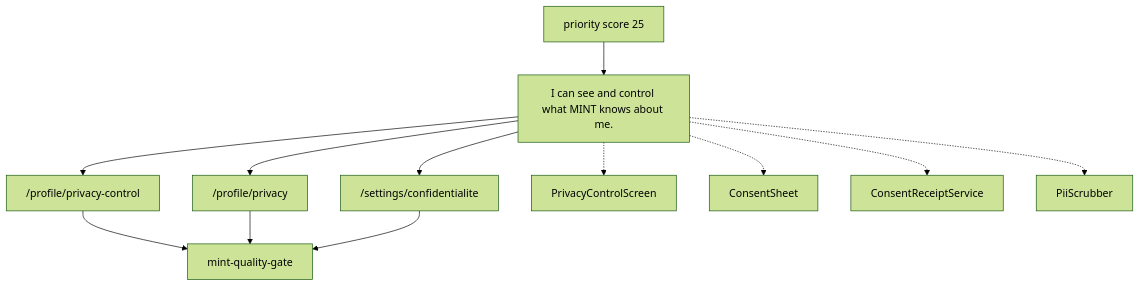
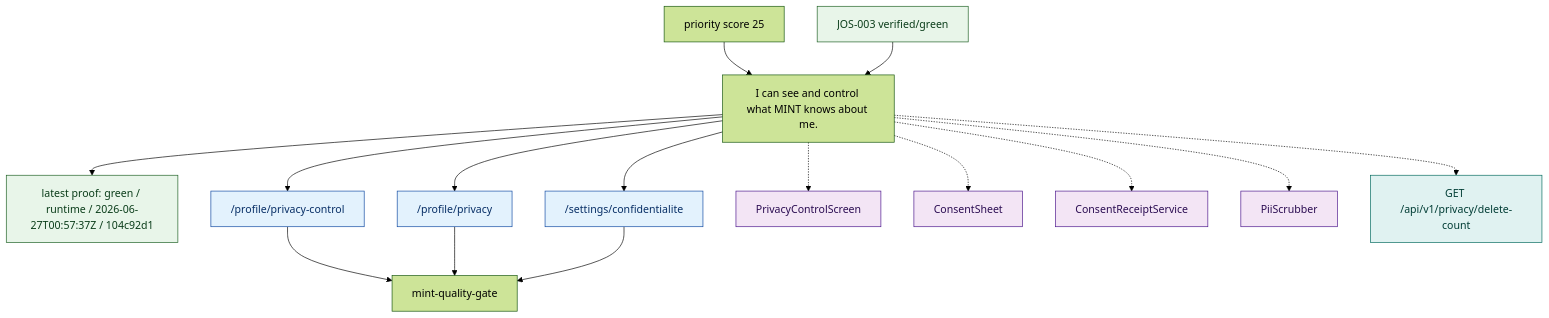
Before and after one commit to MINT-IA/MINT: the diagram in .planning/journeys/diagrams/profile_privacy_control.mmd, drawn with Mermaid (forest theme). The commit also changed 30 other files, not shown here.

```diff
--- a/.planning/journeys/diagrams/profile_privacy_control.mmd
+++ b/.planning/journeys/diagrams/profile_privacy_control.mmd
@@ -1,23 +1,47 @@
 %% Generated from .planning/journeys/records/profile_privacy_control.json
 flowchart TD
   promise["I can see and control what MINT knows about me."]
   team["mint-quality-gate"]
+  latest["latest proof: green / runtime / 2026-06-27T00:57:37Z / 104c92d1"]
+  promise --> latest
+  classDef green fill:#e8f5e9,stroke:#1b5e20,color:#0b3d1a;
+  classDef red fill:#ffebee,stroke:#b71c1c,color:#5f1111;
+  classDef amber fill:#fff8e1,stroke:#ff8f00,color:#5f3b00;
+  classDef blocked fill:#eceff1,stroke:#455a64,color:#263238;
+  classDef neutral fill:#f5f5f5,stroke:#616161,color:#212121;
+  classDef route fill:#e3f2fd,stroke:#0d47a1,color:#082f66;
+  classDef surface fill:#f3e5f5,stroke:#4a148c,color:#2b0d52;
+  classDef api fill:#e0f2f1,stroke:#00695c,color:#003d35;
+  class latest green
   priority["priority score 25"]
   priority --> promise
   route_profile_privacy_control["/profile/privacy-control"]
   promise --> route_profile_privacy_control
   route_profile_privacy_control --> team
+  class route_profile_privacy_control route
   route_profile_privacy["/profile/privacy"]
   promise --> route_profile_privacy
   route_profile_privacy --> team
+  class route_profile_privacy route
   route_settings_confidentialite["/settings/confidentialite"]
   promise --> route_settings_confidentialite
   route_settings_confidentialite --> team
+  class route_settings_confidentialite route
   surface_PrivacyControlScreen["PrivacyControlScreen"]
   promise -.-> surface_PrivacyControlScreen
+  class surface_PrivacyControlScreen surface
   surface_ConsentSheet["ConsentSheet"]
   promise -.-> surface_ConsentSheet
+  class surface_ConsentSheet surface
   surface_ConsentReceiptService["ConsentReceiptService"]
   promise -.-> surface_ConsentReceiptService
+  class surface_ConsentReceiptService surface
   surface_PiiScrubber["PiiScrubber"]
   promise -.-> surface_PiiScrubber
+  class surface_PiiScrubber surface
+  api_GET_api_v1_privacy_delete_count["GET /api/v1/privacy/delete-count"]
+  promise -.-> api_GET_api_v1_privacy_delete_count
+  class api_GET_api_v1_privacy_delete_count api
+  issue_JOS_003["JOS-003 verified/green"]
+  issue_JOS_003 --> promise
+  class issue_JOS_003 green
```
